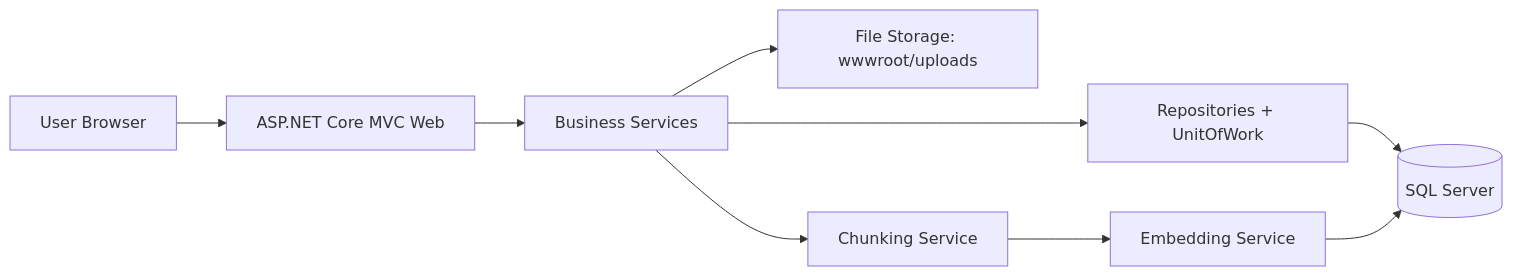
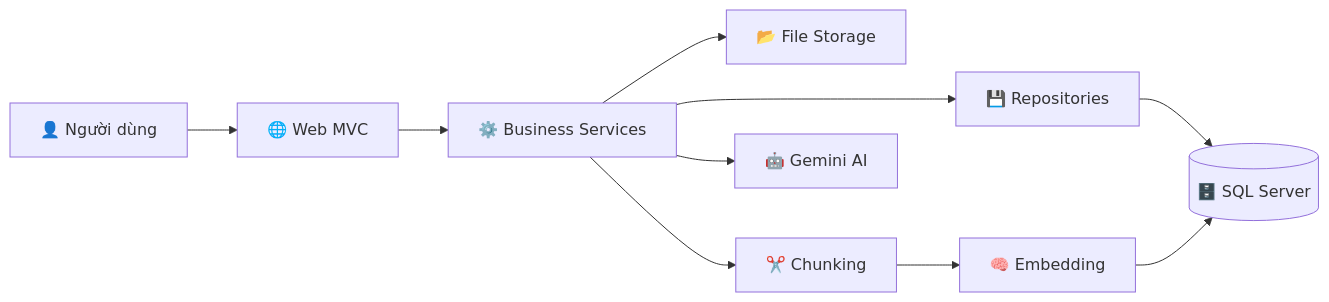
One commit to HoangJunior2005/Assignment_1 changed the first of 3 diagrams in README.md. Above: the diagram before and after it, drawn with Mermaid. The commit also changed other lines of this file, not shown here.

````diff
--- a/README.md
+++ b/README.md
@@ -54,12 +362,13 @@
 ```mermaid
 flowchart LR
-    U[User Browser] --> W[ASP.NET Core MVC Web]
-    W --> B[Business Services]
-    B --> R[Repositories + UnitOfWork]
-    R --> DB[(SQL Server)]
+    U["👤 Người dùng"] --> W["🌐 Web MVC"]
+    W --> B["⚙️ Business Services"]
+    B --> R["💾 Repositories"]
+    R --> DB[("🗄️ SQL Server")]
 
-    B --> FS[File Storage: wwwroot/uploads]
-    B --> CK[Chunking Service]
-    CK --> EM[Embedding Service]
+    B --> FS["📂 File Storage"]
+    B --> CK["✂️ Chunking"]
+    CK --> EM["🧠 Embedding"]
     EM --> DB
+    B --> AI["🤖 Gemini AI"]
 ```
````
